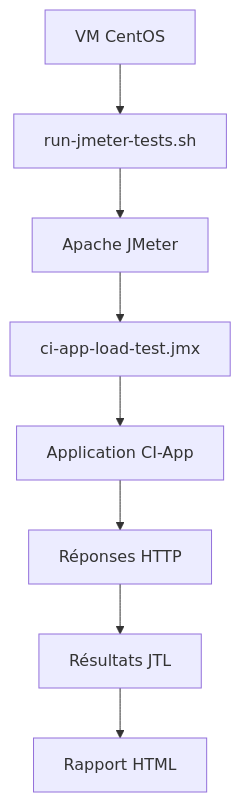
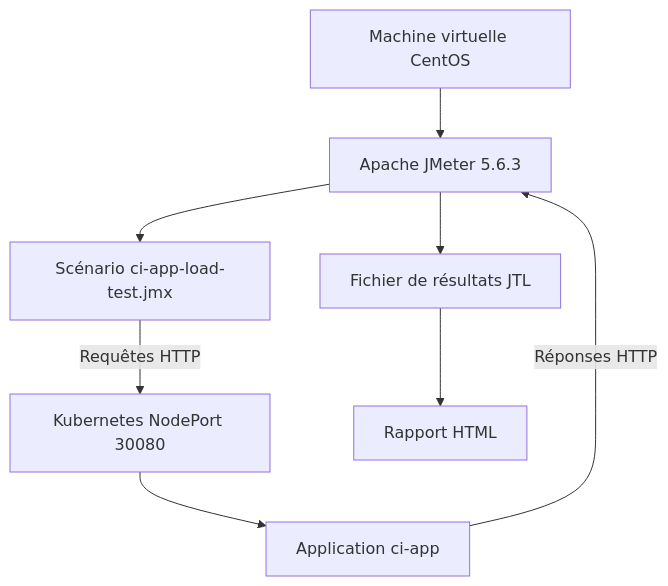
One commit to INSAF-DEBUG/CI-Lab changed diagram 12 of 13 in README.md. Above: the diagram before and after it, drawn with Mermaid. The commit also changed other lines of this file, not shown here.

````diff
--- a/README.md
+++ b/README.md
@@ -1734,10 +1723,18 @@
 ```mermaid
 flowchart TD
-    A["VM CentOS"] --> B["run-jmeter-tests.sh"]
-    B --> C["Apache JMeter"]
-    C --> D["ci-app-load-test.jmx"]
-    D --> E["Application CI-App"]
-    E --> F["Réponses HTTP"]
-    F --> G["Résultats JTL"]
-    G --> H["Rapport HTML"]
+    A["Machine virtuelle CentOS"]
+    B["Apache JMeter 5.6.3"]
+    C["Scénario ci-app-load-test.jmx"]
+    D["Application ci-app"]
+    E["Kubernetes NodePort 30080"]
+    F["Fichier de résultats JTL"]
+    G["Rapport HTML"]
+
+    A --> B
+    B --> C
+    C -->|"Requêtes HTTP"| E
+    E --> D
+    D -->|"Réponses HTTP"| B
+    B --> F
+    F --> G
 ```
````
